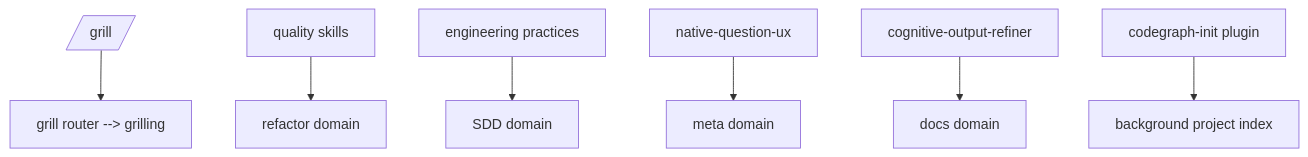
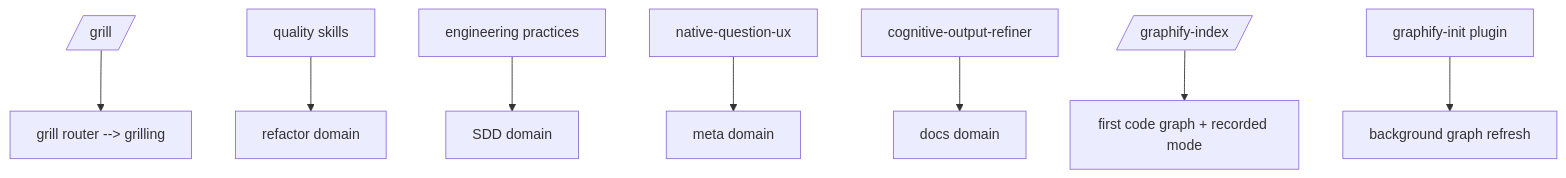
The diagram in domains/common/README.md (andresnator/agents-orchestrator), drawn with Mermaid before and after one commit. The commit also changed other lines of this file and 43 other files, not shown here.

First line of the commit message:
feat: replace CodeGraph with Graphify (relocated state, docs indexing, hardened plugin) (#20)

````diff
--- a/domains/common/README.md
+++ b/domains/common/README.md
@@ -42,9 +44,10 @@
 ```mermaid
 graph TD
   grillcmd[/grill/] --> grillskill[grill router --> grilling]
   quality[quality skills] --> refactor[refactor domain]
   practices[engineering practices] --> sdd[SDD domain]
   native[native-question-ux] --> meta[meta domain]
   output[cognitive-output-refiner] --> docs[docs domain]
-  codegraph[codegraph-init plugin] --> index[background project index]
+  graphifycmd[/graphify-index/] --> index[first code graph + recorded mode]
+  graphify[graphify-init plugin] --> refresh[background graph refresh]
 ```
````
